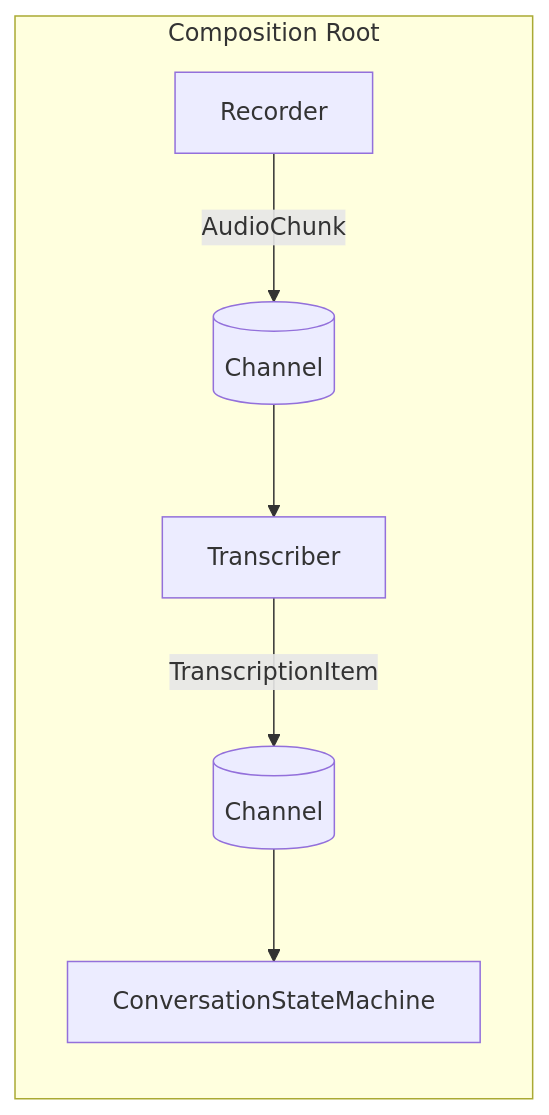
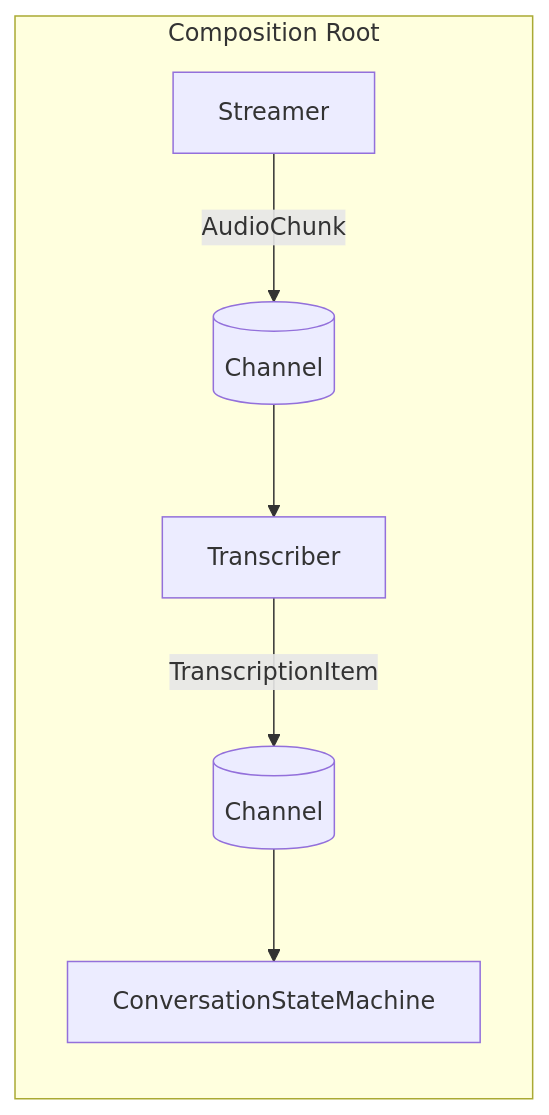
The diagram in ErnestAi.Sandbox.Chunking/README.md (tbladh/ElaraAi), drawn with Mermaid before and after one commit. The commit also changed other lines of this file and 1 other file, not shown here.

````diff
--- a/ErnestAi.Sandbox.Chunking/README.md
+++ b/ErnestAi.Sandbox.Chunking/README.md
@@ -19,9 +27,9 @@
 ```mermaid
 flowchart LR
     subgraph Program.cs [Composition Root]
-      A[Recorder] -->|AudioChunk| AC[(Channel<AudioChunk>)]
+      A[Streamer] -->|AudioChunk| AC[(Channel<AudioChunk>)]
       AC --> B[Transcriber]
       B -->|TranscriptionItem| TC[(Channel<TranscriptionItem>)]
       TC --> C[ConversationStateMachine]
     end
 ```
````
